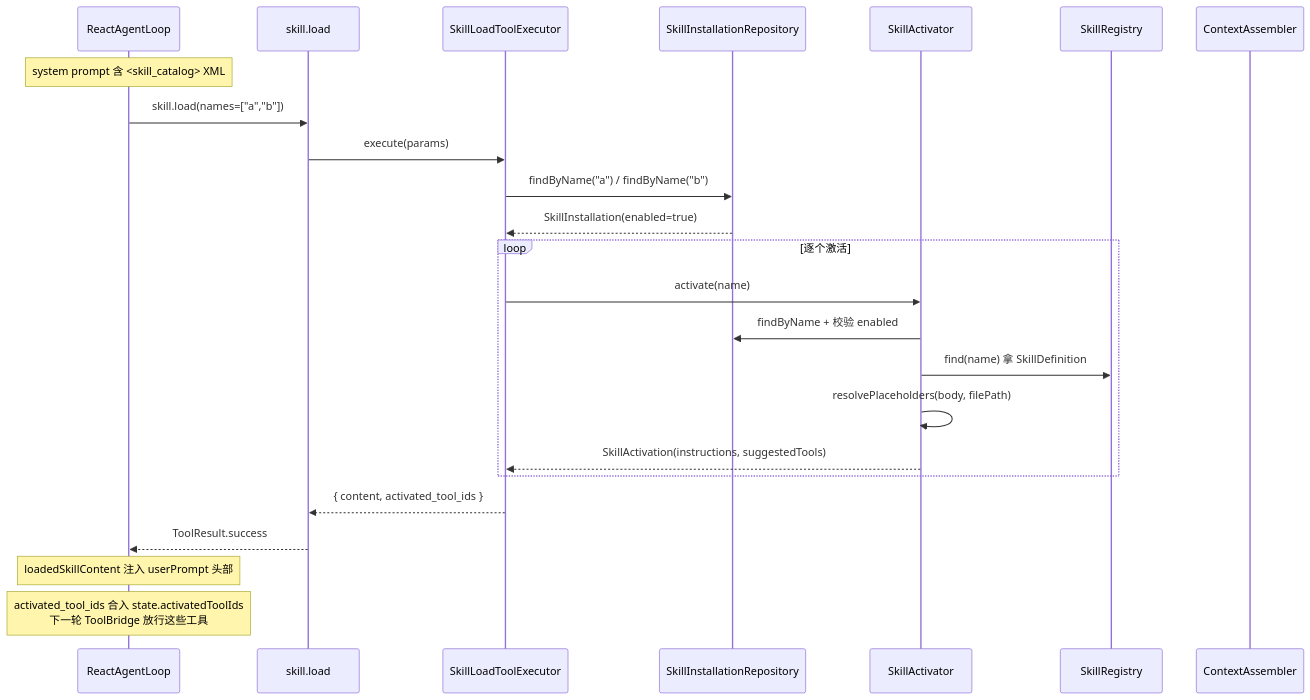
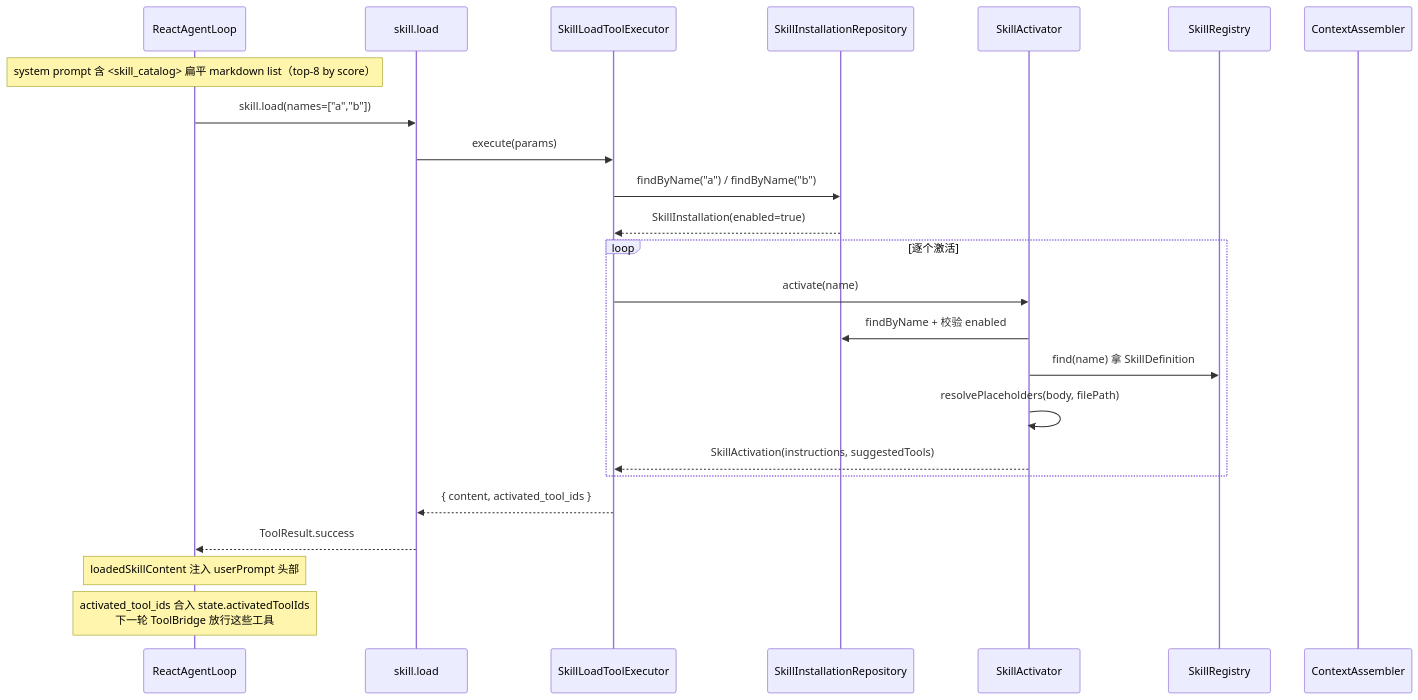
One commit to ntygod/LifePilot changed the second of 5 diagrams in docs/architecture/skill-system.md. Above: the diagram before and after it, drawn with Mermaid. The commit also changed other lines of this file and 170 other files, not shown here.

````diff
--- a/docs/architecture/skill-system.md
+++ b/docs/architecture/skill-system.md
@@ -265,27 +266,27 @@
 ```mermaid
 sequenceDiagram
     participant Agent as ReactAgentLoop
     participant Tool as skill.load
     participant Exec as SkillLoadToolExecutor
     participant Repo as SkillInstallationRepository
     participant Act as SkillActivator
     participant Reg as SkillRegistry
     participant CA as ContextAssembler
 
-    Note over Agent: system prompt 含 <skill_catalog> XML
+    Note over Agent: system prompt 含 <skill_catalog> 扁平 markdown list（top-8 by score）
     Agent->>Tool: skill.load(names=["a","b"])
     Tool->>Exec: execute(params)
     Exec->>Repo: findByName("a") / findByName("b")
     Repo-->>Exec: SkillInstallation(enabled=true)
     loop 逐个激活
         Exec->>Act: activate(name)
         Act->>Repo: findByName + 校验 enabled
         Act->>Reg: find(name) 拿 SkillDefinition
         Act->>Act: resolvePlaceholders(body, filePath)
         Act-->>Exec: SkillActivation(instructions, suggestedTools)
     end
     Exec-->>Tool: { content, activated_tool_ids }
     Tool-->>Agent: ToolResult.success
     Note over Agent: loadedSkillContent 注入 userPrompt 头部
     Note over Agent: activated_tool_ids 合入 state.activatedToolIds<br/>下一轮 ToolBridge 放行这些工具
 ```
````
